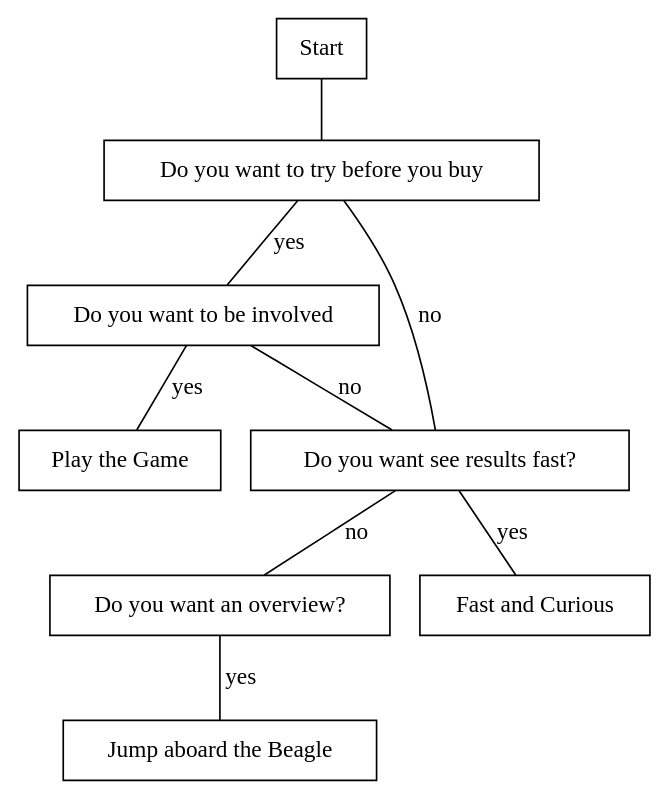
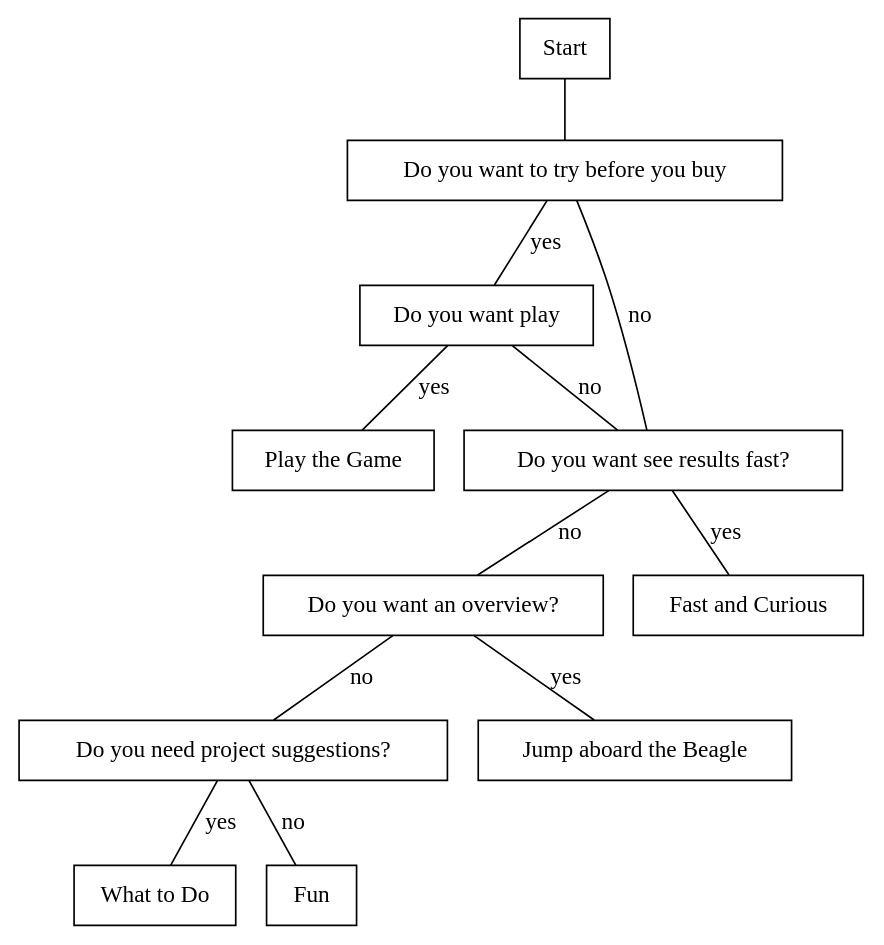
Before and after one commit to darwins-challenge/fly-me-to-the-moon: the diagram in graphviz/flowchart.dot, drawn with Graphviz. The commit also changed 1 other file, not shown here.

Commit message:
Update flowchart

```diff
--- a/graphviz/flowchart.dot
+++ b/graphviz/flowchart.dot
@@ -1,22 +1,28 @@
 strict graph {
        node [ shape = rectangle ]
 
        start [ label = "Start" ]
        try [ label = "Do you want to try before you buy" ]
-       involved [ label = "Do you want to be involved" ]
+       involved [ label = "Do you want play" ]
        gofast [ label = "Do you want see results fast?" ]
        overview [ label = "Do you want an overview?" ] 
+       suggestion [ label = "Do you need project suggestions?" ]
 
        beagle [ label = "Jump aboard the Beagle" ]
        play [ label = "Play the Game" ]
        fast [ label = "Fast and Curious" ]
+       projects [ label = "What to Do" ]
+       fun [label = "Fun" ]
 
        start -- try
        try -- gofast [ label = "no" ]
        try -- involved [ label = "yes" ]
        involved -- gofast [ label = "no" ]
        involved -- play [ label = "yes" ]
        gofast -- fast [ label = "yes" ]
        gofast -- overview [ label = "no" ]
        overview -- beagle [ label = "yes" ]
+       overview -- suggestion [ label = "no" ]
+       suggestion -- projects [ label = "yes" ]
+       suggestion -- fun [ label = "no" ]
 }
```
